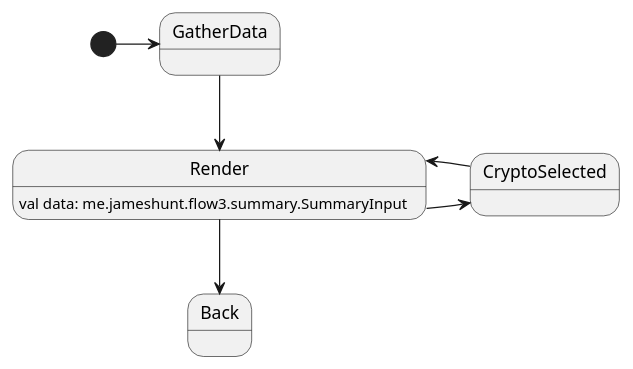
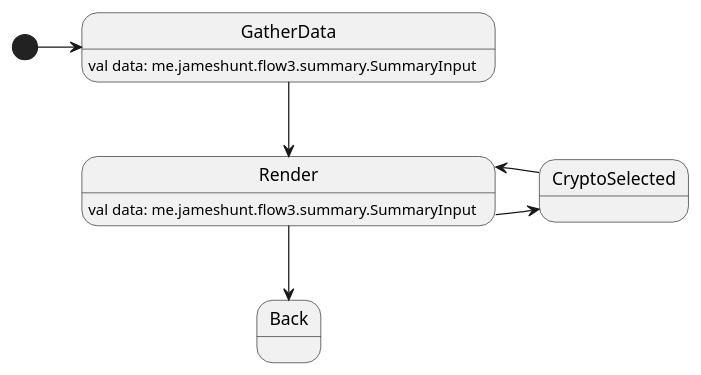
Before and after one commit to huntj88/Flow: the diagram in app/src/main/java/me/jameshunt/flow3/summary/SummaryGen.puml, drawn with PlantUML. The commit also changed 3 other files, not shown here.

Commit message:
generics on generated flow

```diff
--- a/app/src/main/java/me/jameshunt/flow3/summary/SummaryGen.puml
+++ b/app/src/main/java/me/jameshunt/flow3/summary/SummaryGen.puml
@@ -1,11 +1,12 @@
 @startuml
 
 Render : val data: me.jameshunt.flow3.summary.SummaryInput
+GatherData : val data: me.jameshunt.flow3.summary.SummaryInput
 
 [*] -> GatherData
 GatherData --> Render
 Render --> Back
 Render -> CryptoSelected
 CryptoSelected -> Render
 
 @enduml
```
